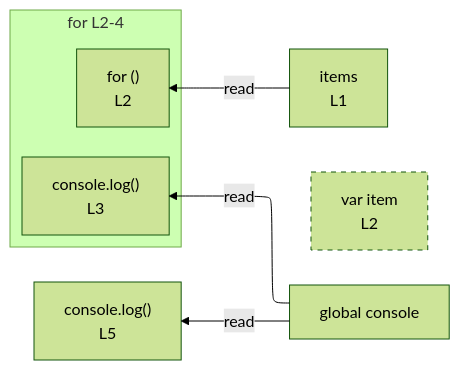
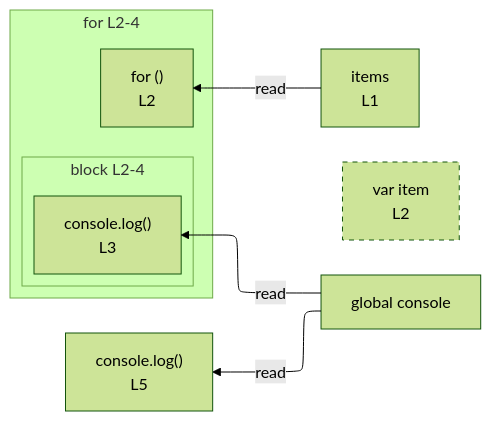
Before and after one commit to crescware/unsnarl: the diagram in integration/fixtures/iteration-statement/for-of/var-binding/preview.md, drawn with Mermaid (forest theme). The commit also changed 106 other files, not shown here.

````diff
--- a/integration/fixtures/iteration-statement/for-of/var-binding/preview.md
+++ b/integration/fixtures/iteration-statement/for-of/var-binding/preview.md
@@ -21,18 +21,21 @@
 ```mermaid
 %%{init: {"flowchart": {"defaultRenderer": "elk"}}}%%
 flowchart RL
   n_scope_0_items_6["items<br/>L1"]
   n_scope_0_item_34["var item<br/>L2"]
   n_scope_0_console_53["global console"]
   subgraph s_scope_1["for L2-4"]
     direction RL
     for_test_scope_0_25["for ()<br/>L2"]
-    expr_stmt_53["console.log()<br/>L3"]
+    subgraph s_scope_2["block L2-4"]
+      direction RL
+      expr_stmt_53["console.log()<br/>L3"]
+    end
   end
   n_scope_0_items_6 -->|read| for_test_scope_0_25
   n_scope_0_console_53 -->|read| expr_stmt_53
   n_scope_0_console_53 -->|read| expr_stmt_74
   expr_stmt_74["console.log()<br/>L5"]
   classDef varNode stroke-dasharray:5 5;
   class n_scope_0_item_34 varNode;
 ```
````
